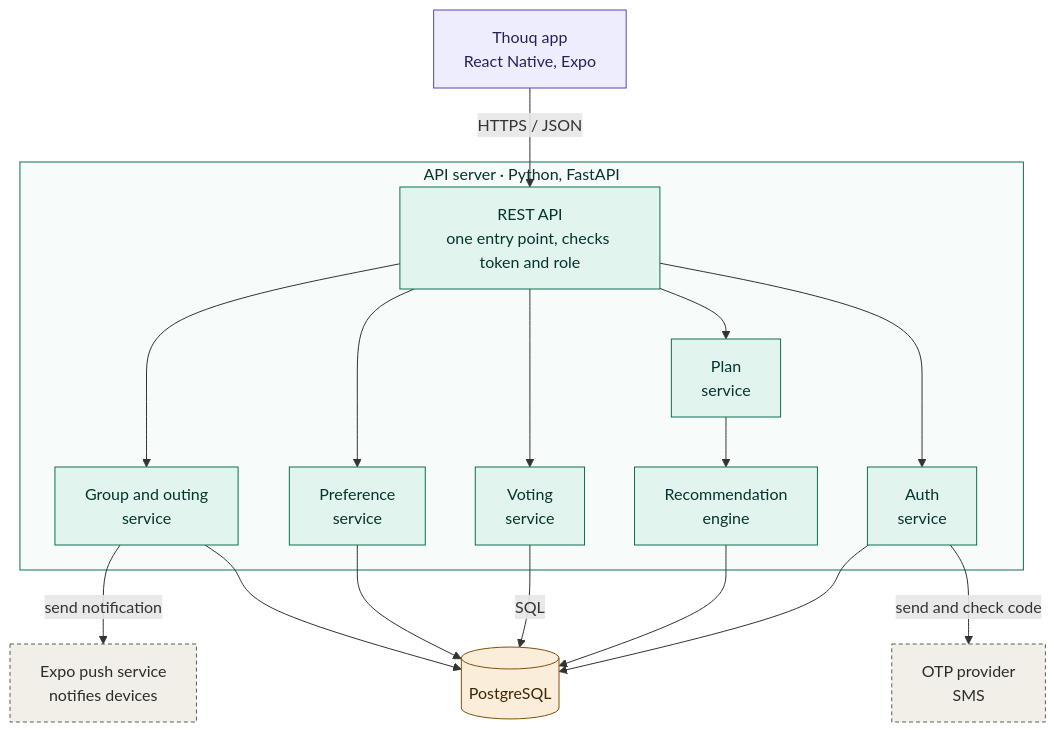
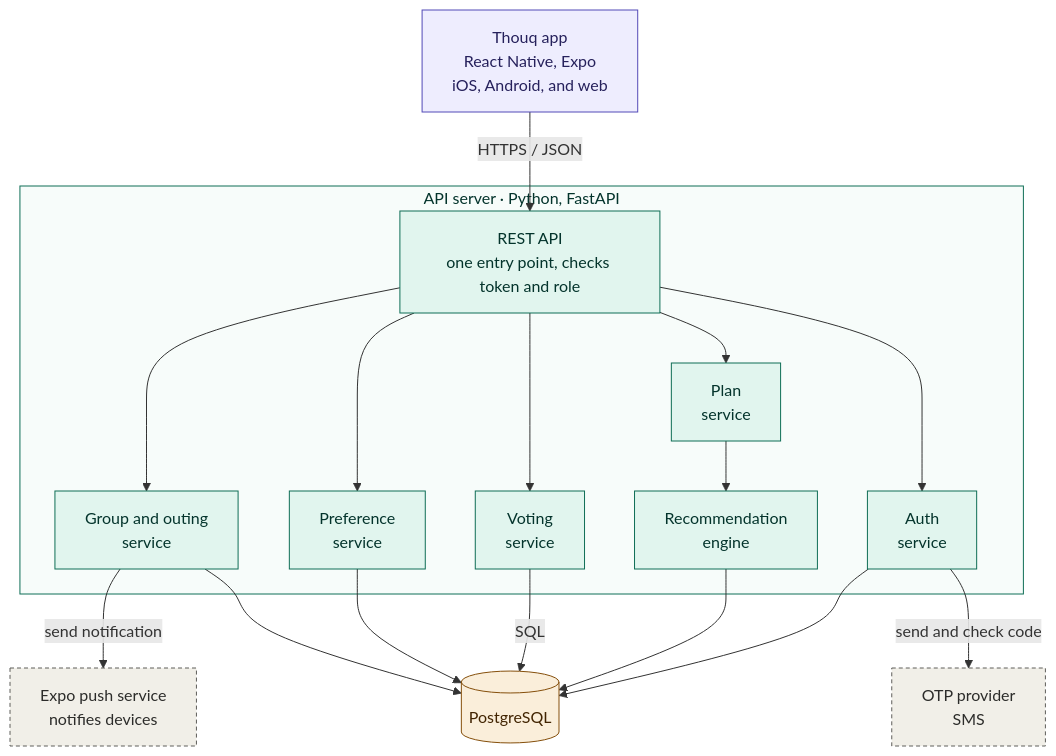
One commit to shathaaa1110-arch/Portfolio-Project changed the diagram in Docs/TechnicalDoc.md. Above: the diagram before and after it, drawn with Mermaid. The commit also changed other lines of this file, not shown here.

````diff
--- a/Docs/TechnicalDoc.md
+++ b/Docs/TechnicalDoc.md
@@ -126,44 +133,44 @@
 ```mermaid
 flowchart TB
-    App["Thouq app<br/>React Native, Expo"]
- 
+    App["Thouq app<br/>React Native, Expo<br/>iOS, Android, and web"]
+
     subgraph Server["API server · Python, FastAPI"]
         GW["REST API<br/>one entry point, checks token and role"]
         GRP["Group and outing<br/>service"]
         PREF["Preference<br/>service"]
         VOTE["Voting<br/>service"]
         PLAN["Plan<br/>service"]
         AUTH["Auth<br/>service"]
         REC["Recommendation<br/>engine"]
     end
- 
+
     PUSH["Expo push service<br/>notifies devices"]
     DB[("PostgreSQL")]
     SMS["OTP provider<br/>SMS"]
- 
+
     App -->|"HTTPS / JSON"| GW
     GW --> GRP
     GW --> PREF
     GW --> VOTE
     GW --> PLAN
     GW --> AUTH
     PLAN --> REC
     GRP -->|"send notification"| PUSH
     GRP --> DB
     PREF --> DB
     VOTE -->|"SQL"| DB
     REC --> DB
     AUTH --> DB
     AUTH -->|"send and check code"| SMS
- 
+
     classDef client fill:#EEEDFE,stroke:#534AB7,color:#26215C
     classDef service fill:#E1F5EE,stroke:#0F6E56,color:#04342C
     classDef data fill:#FAEEDA,stroke:#854F0B,color:#412402
     classDef external fill:#F1EFE8,stroke:#5F5E5A,color:#2C2C2A,stroke-dasharray: 4 3
- 
+
     class App client
     class GW,GRP,PREF,VOTE,PLAN,AUTH,REC service
     class DB data
     class PUSH,SMS external
     style Server fill:#F7FCFA,stroke:#0F6E56,color:#04342C
 ```
````
